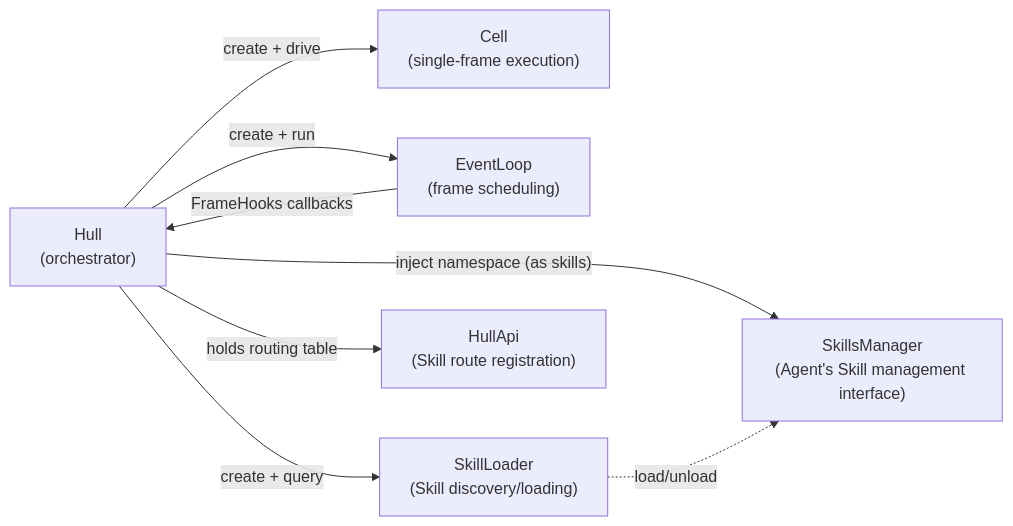
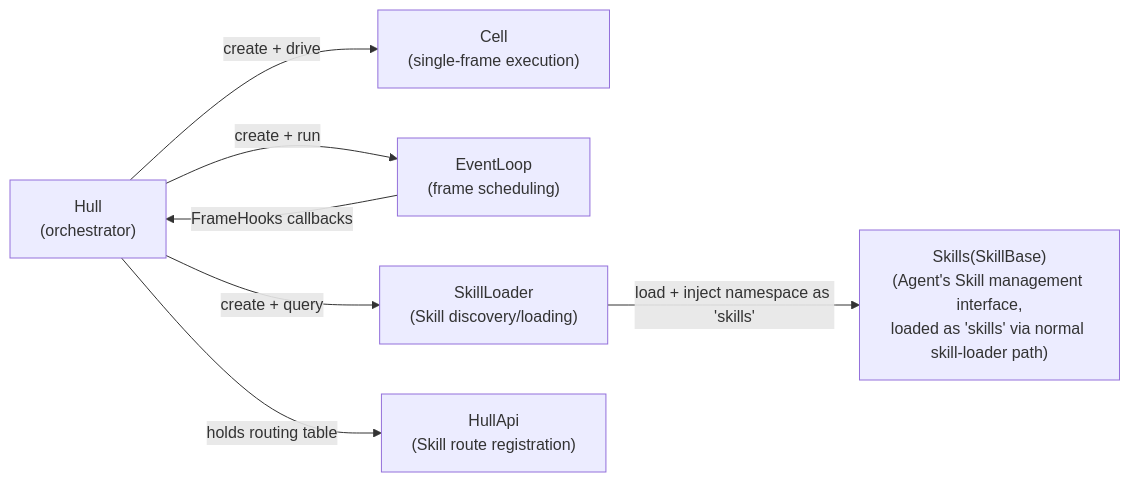
The first of 3 diagrams in src/vessal/ark/shell/hull/CONTEXT.md (vessal-ai/vessal), drawn with Mermaid before and after one commit. The commit also changed other lines of this file and 2 other files, not shown here.

First line of the commit message:
chore(hull): remove skills_manager.py after merge

````diff
--- a/src/vessal/ark/shell/hull/CONTEXT.md
+++ b/src/vessal/ark/shell/hull/CONTEXT.md
@@ -32,17 +32,16 @@
 ```mermaid
 graph LR
     Hull["Hull\n(orchestrator)"]
     Cell["Cell\n(single-frame execution)"]
     EL["EventLoop\n(frame scheduling)"]
     SM["SkillLoader\n(Skill discovery/loading)"]
-    Meta["SkillsManager\n(Agent's Skill management interface)"]
+    Skills["Skills(SkillBase)\n(Agent's Skill management interface,\nloaded as 'skills' via normal skill-loader path)"]
     HullApi["HullApi\n(Skill route registration)"]
 
     Hull -->|"create + drive"| Cell
     Hull -->|"create + run"| EL
     Hull -->|"create + query"| SM
-    Hull -->|"inject namespace (as skills)"| Meta
+    SM -->|"load + inject namespace as 'skills'"| Skills
     Hull -->|"holds routing table"| HullApi
-    SM -.->|"load/unload"| Meta
     EL -->|"FrameHooks callbacks"| Hull
 ```
````
